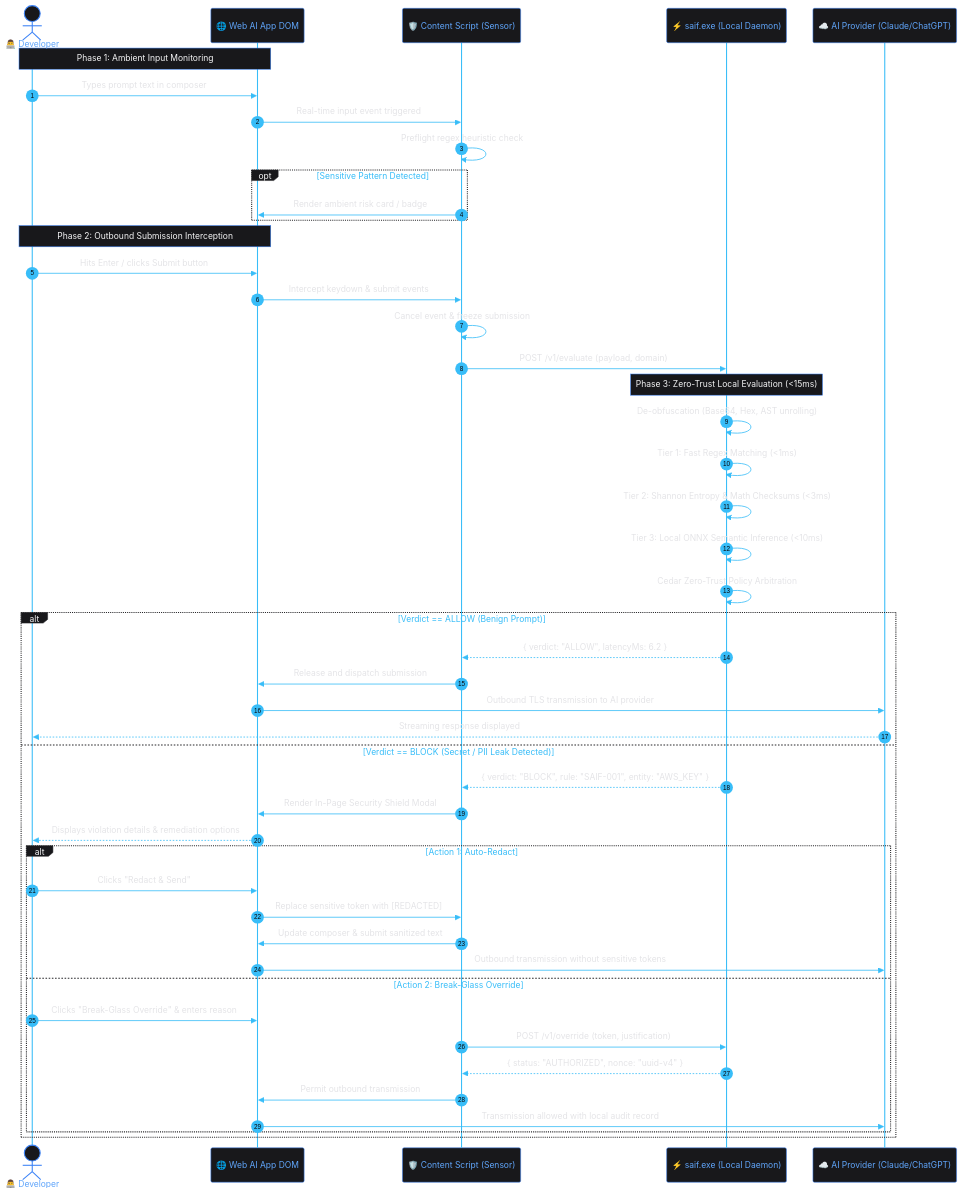
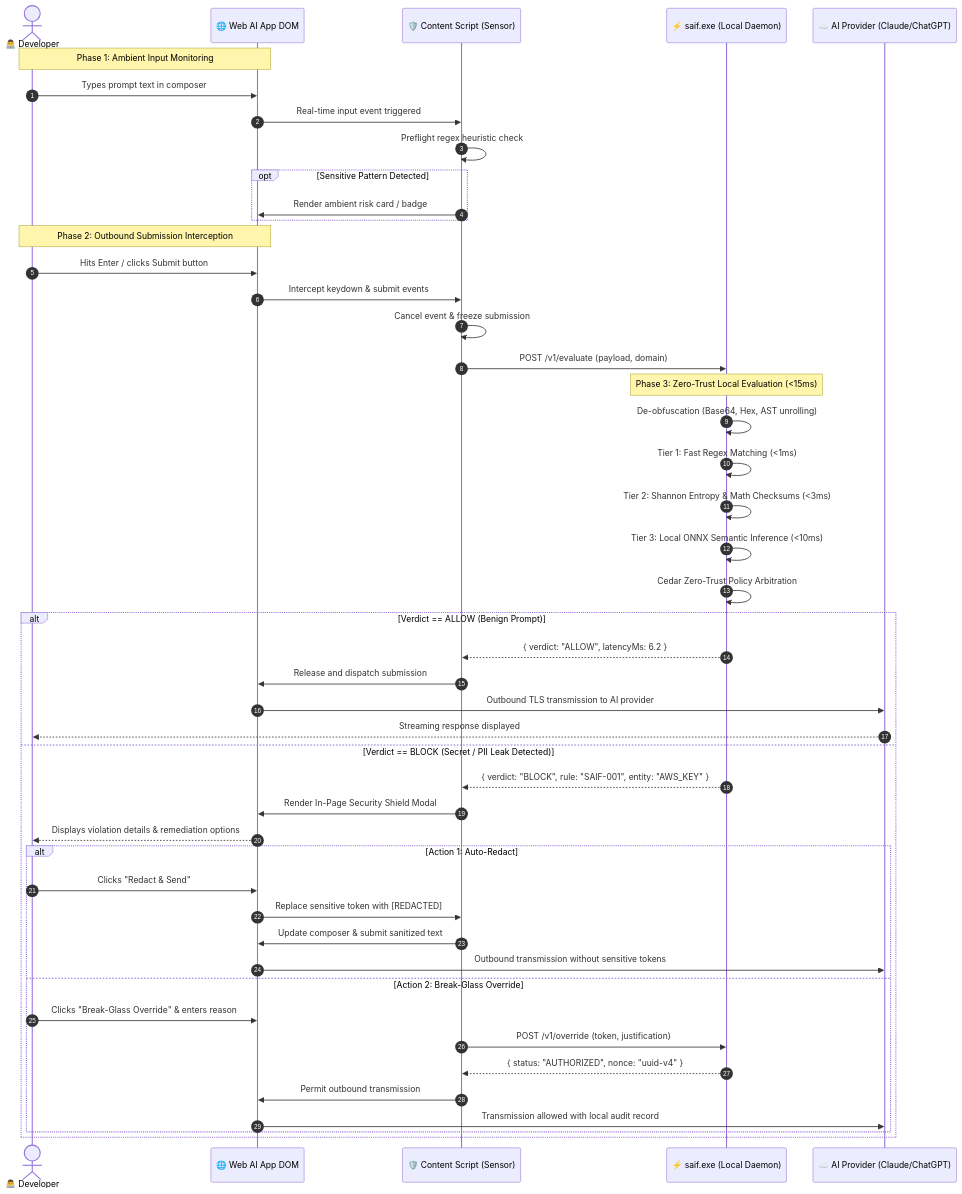
Before and after one commit to sudohackfu/saif-free-tier: the second of 5 diagrams in docs/ARCHITECTURE.md, drawn with Mermaid. The commit also changed other lines of this file and 2 other files, not shown here.

Commit message:
docs: standardize Mermaid syntax for universal Antigravity IDE rendering

````diff
--- a/docs/ARCHITECTURE.md
+++ b/docs/ARCHITECTURE.md
@@ -117,77 +104,54 @@
 ```mermaid
-%%{init: {
-  'theme': 'base',
-  'themeVariables': {
-    'darkMode': true,
-    'background': '#09090b',
-    'actorBkg': '#18181b',
-    'actorBorder': '#3b82f6',
-    'actorTextColor': '#60a5fa',
-    'actorLineColor': '#38bdf8',
-    'signalColor': '#38bdf8',
-    'signalTextColor': '#e4e4e7',
-    'noteBkgColor': '#18181b',
-    'noteBorderColor': '#3b82f6',
-    'noteTextColor': '#f4f4f5',
-    'labelBoxBkgColor': '#18181b',
-    'labelBoxBorderColor': '#27272a',
-    'labelTextColor': '#f4f4f5',
-    'loopTextColor': '#38bdf8',
-    'altSectionBkgColor': '#121217',
-    'fontFamily': 'Inter, system-ui, -apple-system, sans-serif',
-    'fontSize': '13px'
-  }
-}}%%
 sequenceDiagram
     autonumber
     actor Dev as 👨‍💻 Developer
     participant Page as 🌐 Web AI App DOM
     participant CS as 🛡️ Content Script (Sensor)
     participant Daemon as ⚡ saif.exe (Local Daemon)
     participant AI as ☁️ AI Provider (Claude/ChatGPT)
 
     Note over Dev,Page: Phase 1: Ambient Input Monitoring
     Dev->>Page: Types prompt text in composer
     Page->>CS: Real-time input event triggered
     CS->>CS: Preflight regex heuristic check
     opt Sensitive Pattern Detected
         CS->>Page: Render ambient risk card / badge
     end
 
     Note over Dev,Page: Phase 2: Outbound Submission Interception
     Dev->>Page: Hits Enter / clicks Submit button
     Page->>CS: Intercept keydown & submit events
     CS->>CS: Cancel event & freeze submission
     CS->>Daemon: POST /v1/evaluate (payload, domain)
 
     Note over Daemon: Phase 3: Zero-Trust Local Evaluation (<15ms)
     Daemon->>Daemon: De-obfuscation (Base64, Hex, AST unrolling)
     Daemon->>Daemon: Tier 1: Fast Regex Matching (<1ms)
     Daemon->>Daemon: Tier 2: Shannon Entropy & Math Checksums (<3ms)
     Daemon->>Daemon: Tier 3: Local ONNX Semantic Inference (<10ms)
     Daemon->>Daemon: Cedar Zero-Trust Policy Arbitration
 
     alt Verdict == ALLOW (Benign Prompt)
         Daemon-->>CS: { verdict: "ALLOW", latencyMs: 6.2 }
         CS->>Page: Release and dispatch submission
         Page->>AI: Outbound TLS transmission to AI provider
         AI-->>Dev: Streaming response displayed
     else Verdict == BLOCK (Secret / PII Leak Detected)
         Daemon-->>CS: { verdict: "BLOCK", rule: "SAIF-001", entity: "AWS_KEY" }
         CS->>Page: Render In-Page Security Shield Modal
         Page-->>Dev: Displays violation details & remediation options
 
         alt Action 1: Auto-Redact
             Dev->>Page: Clicks "Redact & Send"
             Page->>CS: Replace sensitive token with [REDACTED]
             CS->>Page: Update composer & submit sanitized text
             Page->>AI: Outbound transmission without sensitive tokens
         else Action 2: Break-Glass Override
             Dev->>Page: Clicks "Break-Glass Override" & enters reason
             CS->>Daemon: POST /v1/override (token, justification)
             Daemon-->>CS: { status: "AUTHORIZED", nonce: "uuid-v4" }
             CS->>Page: Permit outbound transmission
             Page->>AI: Transmission allowed with local audit record
         end
     end
 ```
````
